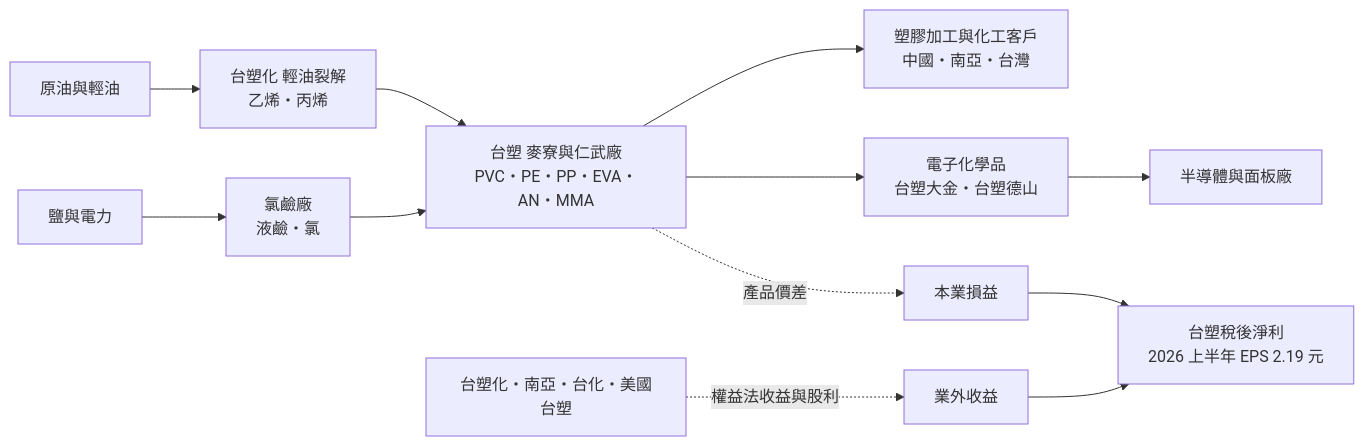
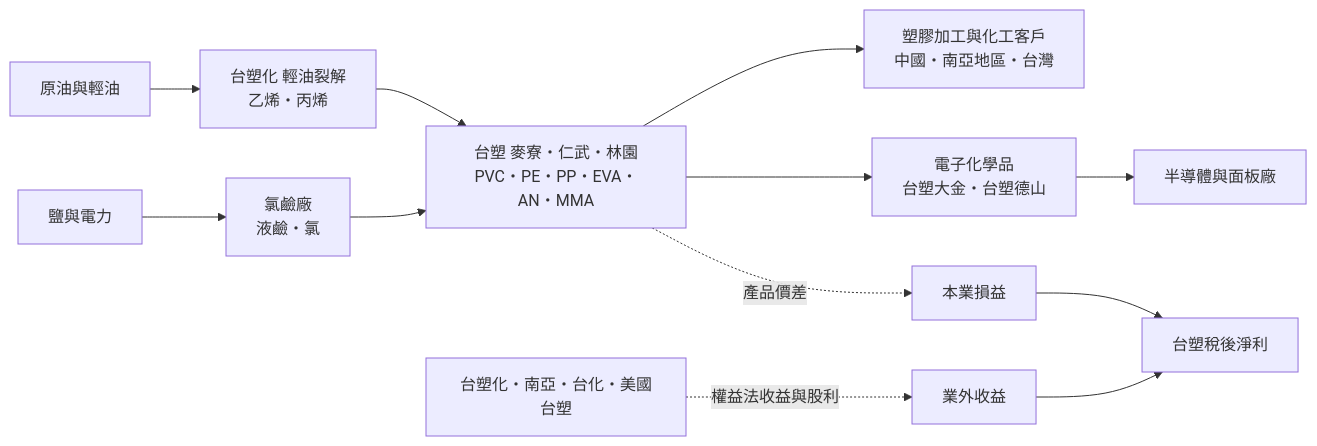
Before and after one commit to wangnick1004/taiwan-stock-vault: the second of 4 diagrams in 個股/台股/1301台塑.md, drawn with Mermaid. The commit also changed other lines of this file and 27 other files, not shown here.

````diff
--- a/個股/台股/1301台塑.md
+++ b/個股/台股/1301台塑.md
@@ -74,14 +71,14 @@
 ```mermaid
 flowchart LR
     A[原油與輕油] --> B[台塑化 輕油裂解<br/>乙烯・丙烯]
-    B --> C[台塑 麥寮與仁武廠<br/>PVC・PE・PP・EVA・AN・MMA]
+    B --> C[台塑 麥寮・仁武・林園<br/>PVC・PE・PP・EVA・AN・MMA]
     S[鹽與電力] --> D[氯鹼廠<br/>液鹼・氯]
     D --> C
-    C --> E[塑膠加工與化工客戶<br/>中國・南亞・台灣]
+    C --> E[塑膠加工與化工客戶<br/>中國・南亞地區・台灣]
     C --> F[電子化學品<br/>台塑大金・台塑德山]
     F --> G[半導體與面板廠]
     C -. 產品價差 .-> H[本業損益]
     I[台塑化・南亞・台化・美國台塑] -. 權益法收益與股利 .-> J[業外收益]
-    H --> K[台塑稅後淨利<br/>2026 上半年 EPS 2.19 元]
+    H --> K[台塑稅後淨利]
     J --> K
 ```
````
